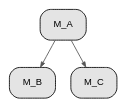
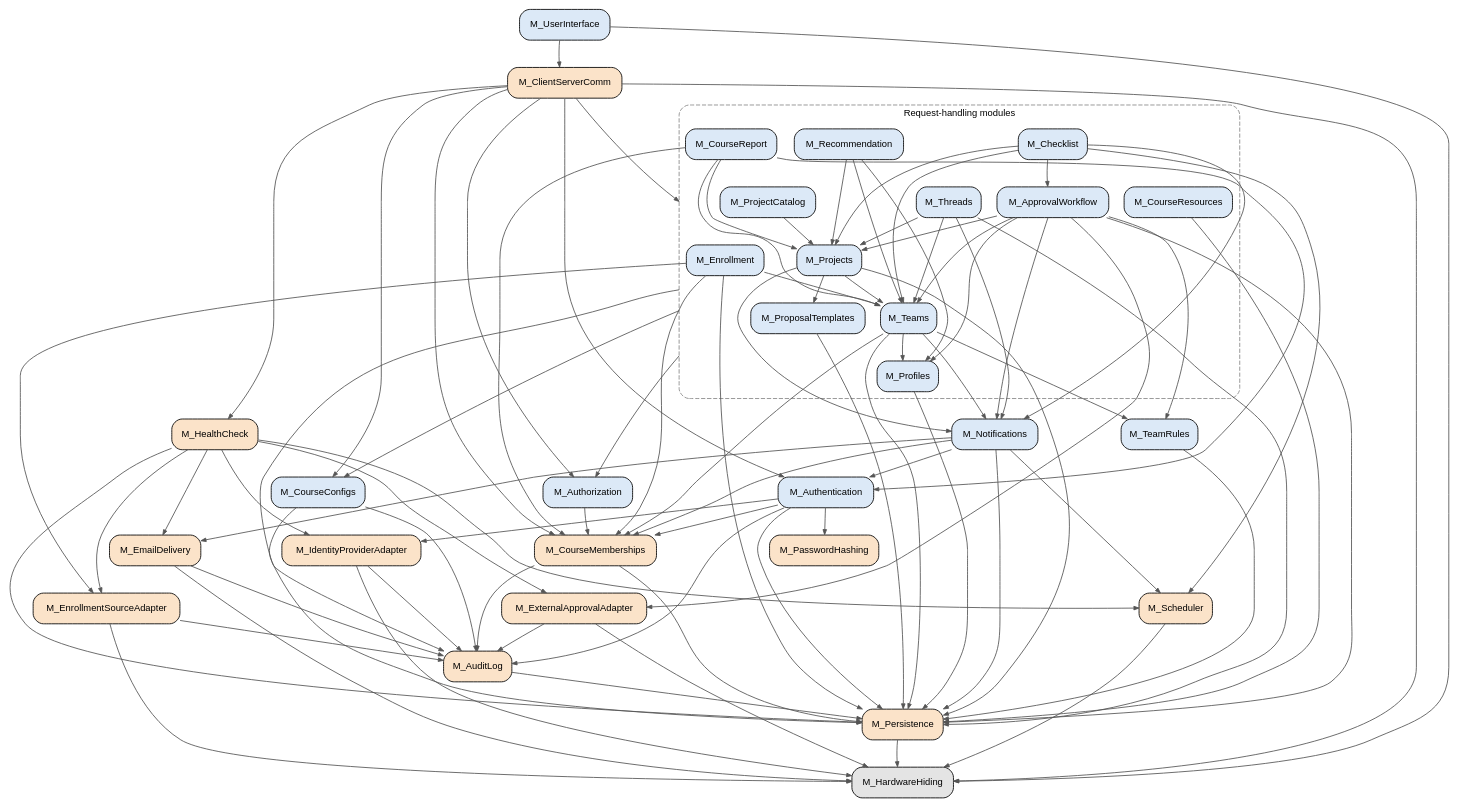
The diagram in docs/Design/SoftArchitecture/UsesHierarchy.dot (Ayushpatel2026/Keystone), drawn with Graphviz before and after one commit. The commit also changed 1 other file, not shown here.

Commit message:
docs(MG): added uses hierarchy

```diff
--- a/docs/Design/SoftArchitecture/UsesHierarchy.dot
+++ b/docs/Design/SoftArchitecture/UsesHierarchy.dot
@@ -1,34 +1,130 @@
 // Uses hierarchy for the Keystone Module Guide (MG.tex, Section "Use Hierarchy
 // Between Modules").
 //
 // An arrow A -> B means "A uses B": A needs a correct B to do its job.
 // Arrows point down. Graphviz works out the layers on its own.
 //
 // The build renders this file to UsesHierarchy.pdf and fails if the graph has
 // a cycle. Preview locally:  dot -Tpdf UsesHierarchy.dot -o UsesHierarchy.pdf
 
 digraph UsesHierarchy {
   compound = true;     // lets an arrow start or end at a box (cluster)
   newrank = true;
   rankdir = TB;
   nodesep = 0.25;
   ranksep = 0.45;
   node [shape = box, style = "rounded,filled", fontname = "Helvetica", fontsize = 11];
   edge [arrowsize = 0.6, color = "#555555"];
 
   // ---------- Modules ----------
   // List each module once, after the colour for its type.
 
   // Behaviour-Hiding
   node [fillcolor = "#dce9f7"];
+  M_UserInterface; M_Authentication; M_Authorization; M_CourseConfigs;
+  M_TeamRules; M_Notifications;
+
+  // Request-handling modules (also Behaviour-Hiding). Every module in this box
+  // uses the three modules the box's outgoing arrows point to.
+  subgraph cluster_features {
+    label = "Request-handling modules";
+    fontname = "Helvetica"; fontsize = 11;
+    style = "rounded,dashed"; color = "#888888";
+
+    M_Projects; M_ProjectCatalog; M_ProposalTemplates; M_Teams; M_Profiles;
+    M_Recommendation; M_ApprovalWorkflow; M_Threads; M_Checklist;
+    M_CourseReport; M_CourseResources; M_Enrollment;
+  }
 
   // Software Decision
   node [fillcolor = "#fbe3c9"];
+  M_ClientServerComm; M_HealthCheck; M_CourseMemberships; M_Persistence;
+  M_IdentityProviderAdapter; M_EmailDelivery; M_ExternalApprovalAdapter;
+  M_EnrollmentSourceAdapter; M_AuditLog; M_PasswordHashing; M_Scheduler;
 
   // Hardware-Hiding
   node [fillcolor = "#e4e4e4"];
+  M_HardwareHiding;
 
   // ---------- Uses ----------
   // One line per module, listing the modules it uses:
-  M_A -> { M_B M_C };
+  //   M_A -> { M_B M_C };
+
+  M_UserInterface    -> { M_ClientServerComm M_HardwareHiding };
+
+  M_ClientServerComm -> { M_Authentication M_Authorization M_CourseConfigs
+                          M_CourseMemberships M_HealthCheck M_HardwareHiding };
+  // Into the box: M_ClientServerComm uses every request-handling module.
+  M_ClientServerComm -> M_Projects [lhead = cluster_features];
+
+  // Out of the box: every request-handling module uses these.
+  M_Projects -> M_Authorization [ltail = cluster_features];
+  M_Projects -> M_CourseConfigs [ltail = cluster_features];
+  M_Projects -> M_AuditLog      [ltail = cluster_features];
+
+  // Request-handling modules, beyond the shared uses above. Only modules that
+  // keep their own records use M_Persistence; the others read records through
+  // the modules that own them.
+  M_Projects          -> { M_ProposalTemplates M_Teams M_Notifications M_Persistence };
+  M_ProposalTemplates -> { M_Persistence };
+  M_ProjectCatalog    -> { M_Projects };
+  M_Teams             -> { M_TeamRules M_Profiles M_CourseMemberships M_Notifications
+                           M_Persistence };
+  M_Profiles          -> { M_Persistence };
+  M_Recommendation    -> { M_Profiles M_Teams M_Projects };
+  M_ApprovalWorkflow  -> { M_Projects M_Teams M_TeamRules M_Profiles
+                           M_ExternalApprovalAdapter M_Notifications M_Persistence };
+  M_Threads           -> { M_Projects M_Teams M_Notifications M_Persistence };
+  M_Checklist         -> { M_Projects M_Teams M_ApprovalWorkflow
+                           M_Notifications M_Scheduler };
+  M_CourseReport      -> { M_Projects M_Teams M_CourseMemberships M_Authentication };
+  M_CourseResources   -> { M_Persistence };
+  M_Enrollment        -> { M_EnrollmentSourceAdapter M_CourseMemberships M_Teams
+                           M_Persistence };
+
+  // Other modules.
+  M_Authentication    -> { M_IdentityProviderAdapter M_PasswordHashing
+                           M_CourseMemberships M_AuditLog M_Persistence };
+  M_Authorization     -> { M_CourseMemberships };
+  M_CourseConfigs     -> { M_AuditLog M_Persistence };
+  M_TeamRules         -> { M_Persistence };
+  M_Notifications     -> { M_Authentication M_CourseMemberships M_EmailDelivery
+                           M_Scheduler M_Persistence };
+  M_CourseMemberships -> { M_AuditLog M_Persistence };
+  M_HealthCheck       -> { M_Persistence M_IdentityProviderAdapter M_EmailDelivery
+                           M_ExternalApprovalAdapter M_EnrollmentSourceAdapter
+                           M_Scheduler };
+
+  M_IdentityProviderAdapter -> { M_AuditLog M_HardwareHiding };
+  M_EmailDelivery           -> { M_AuditLog M_HardwareHiding };
+  M_ExternalApprovalAdapter -> { M_AuditLog M_HardwareHiding };
+  M_EnrollmentSourceAdapter -> { M_AuditLog M_HardwareHiding };
+
+  M_AuditLog    -> { M_Persistence };
+  M_Persistence -> { M_HardwareHiding };
+  M_Scheduler   -> { M_HardwareHiding };
+
+  // ---------- Layout only (no effect on the uses relation) ----------
+  // Rows, top to bottom. Keep each row to about four modules, and put every
+  // module in a row below all the modules that use it, so arrows point down.
+  // The invisible arrows keep the rows in this order.
+  { rank = same; M_UserInterface; }
+  { rank = same; M_ClientServerComm; }
+  { rank = same; M_Checklist; M_Recommendation; M_CourseReport; }
+  { rank = same; M_ApprovalWorkflow; M_Threads; M_ProjectCatalog; M_CourseResources; }
+  { rank = same; M_Projects; M_Enrollment; }
+  { rank = same; M_Teams; M_ProposalTemplates; }
+  { rank = same; M_Profiles; }
+  { rank = same; M_HealthCheck; M_Notifications; M_TeamRules; }
+  { rank = same; M_Authentication; M_Authorization; M_CourseConfigs; }
+  { rank = same; M_CourseMemberships; M_IdentityProviderAdapter; M_EmailDelivery; M_PasswordHashing; }
+  { rank = same; M_ExternalApprovalAdapter; M_EnrollmentSourceAdapter; M_Scheduler; }
+  { rank = same; M_AuditLog; }
+  { rank = same; M_Persistence; }
+  { rank = same; M_HardwareHiding; }
+
+  M_UserInterface -> M_ClientServerComm -> M_Checklist -> M_ApprovalWorkflow
+    -> M_Projects -> M_Teams -> M_Profiles -> M_Notifications
+    -> M_Authorization -> M_CourseMemberships -> M_ExternalApprovalAdapter
+    -> M_AuditLog -> M_Persistence -> M_HardwareHiding [style = invis];
 }
```
